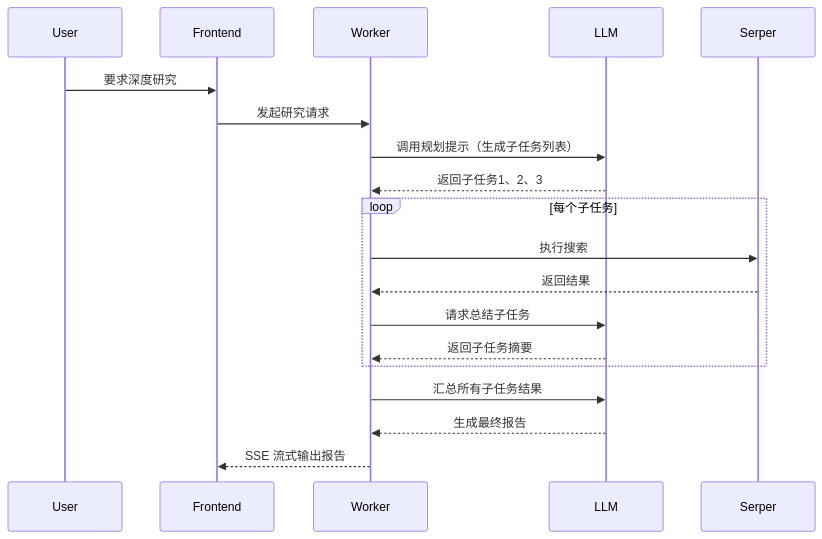
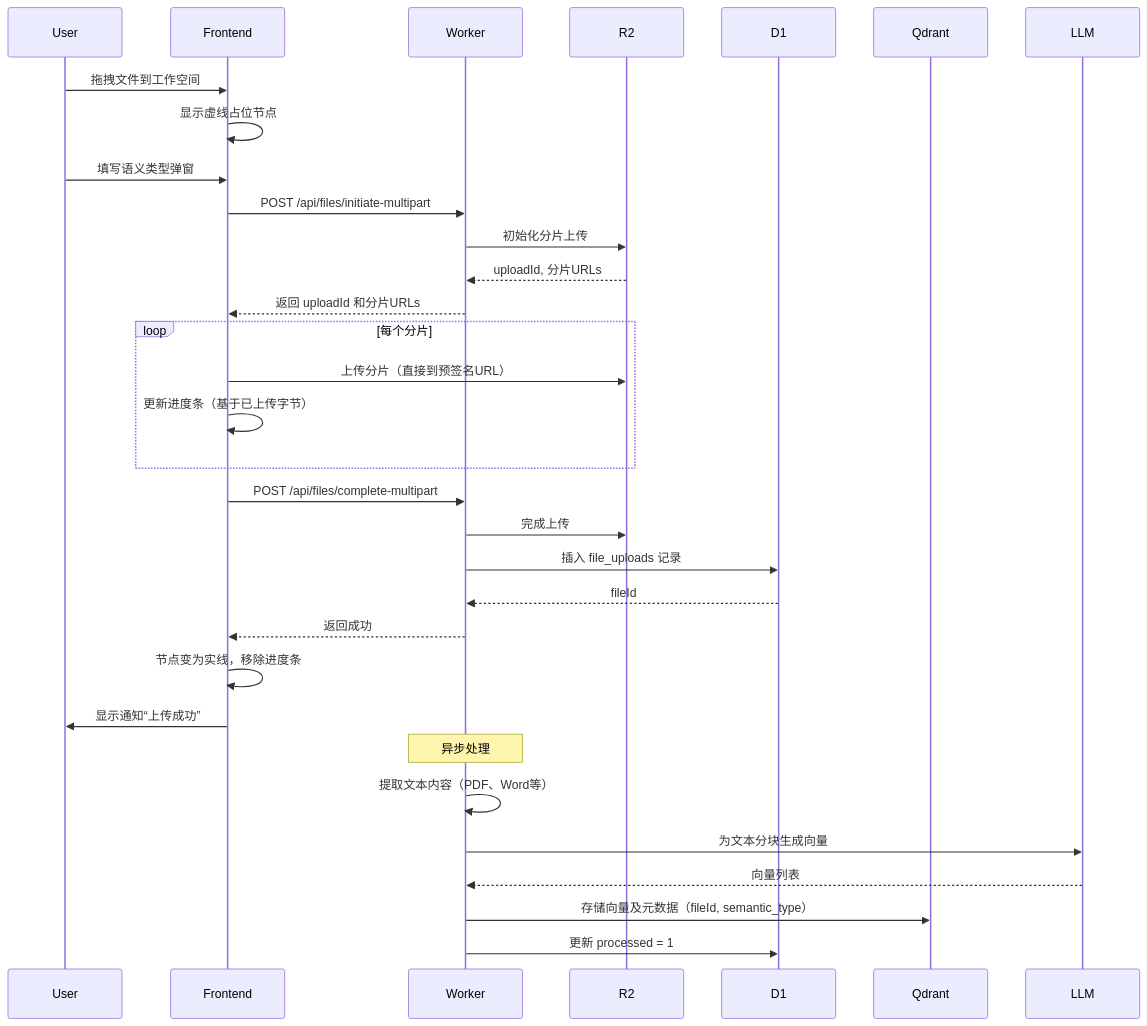
Before and after one commit to jackforest2014/ai_bot_jsa: the fourth of 6 diagrams in docs/technical/tech_design_ai_bot_v1_2.md, drawn with Mermaid. The commit also changed other lines of this file and 2 other files, not shown here.

````diff
--- a/docs/technical/tech_design_ai_bot_v1_2.md
+++ b/docs/technical/tech_design_ai_bot_v1_2.md
@@ -1223,22 +1728,36 @@
 ```mermaid
 sequenceDiagram
     participant User
     participant Frontend
     participant Worker
+    participant R2
+    participant D1
+    participant Qdrant
     participant LLM
-    participant Serper
 
-    User->>Frontend: 要求深度研究
-    Frontend->>Worker: 发起研究请求
-    Worker->>LLM: 调用规划提示（生成子任务列表）
-    LLM-->>Worker: 返回子任务1、2、3
-    loop 每个子任务
-        Worker->>Serper: 执行搜索
-        Serper-->>Worker: 返回结果
-        Worker->>LLM: 请求总结子任务
-        LLM-->>Worker: 返回子任务摘要
+    User->>Frontend: 拖拽文件到工作空间
+    Frontend->>Frontend: 显示虚线占位节点
+    User->>Frontend: 填写语义类型弹窗
+    Frontend->>Worker: POST /api/files/initiate-multipart
+    Worker->>R2: 初始化分片上传
+    R2-->>Worker: uploadId, 分片URLs
+    Worker-->>Frontend: 返回 uploadId 和分片URLs
+    loop 每个分片
+        Frontend->>R2: 上传分片（直接到预签名URL）
+        Frontend->>Frontend: 更新进度条（基于已上传字节）
     end
-    Worker->>LLM: 汇总所有子任务结果
-    LLM-->>Worker: 生成最终报告
-    Worker-->>Frontend: SSE 流式输出报告
+    Frontend->>Worker: POST /api/files/complete-multipart
+    Worker->>R2: 完成上传
+    Worker->>D1: 插入 file_uploads 记录
+    D1-->>Worker: fileId
+    Worker-->>Frontend: 返回成功
+    Frontend->>Frontend: 节点变为实线，移除进度条
+    Frontend->>User: 显示通知“上传成功”
+
+    Note over Worker: 异步处理
+    Worker->>Worker: 提取文本内容（PDF、Word等）
+    Worker->>LLM: 为文本分块生成向量
+    LLM-->>Worker: 向量列表
+    Worker->>Qdrant: 存储向量及元数据（fileId, semantic_type）
+    Worker->>D1: 更新 processed = 1
 ```
````
